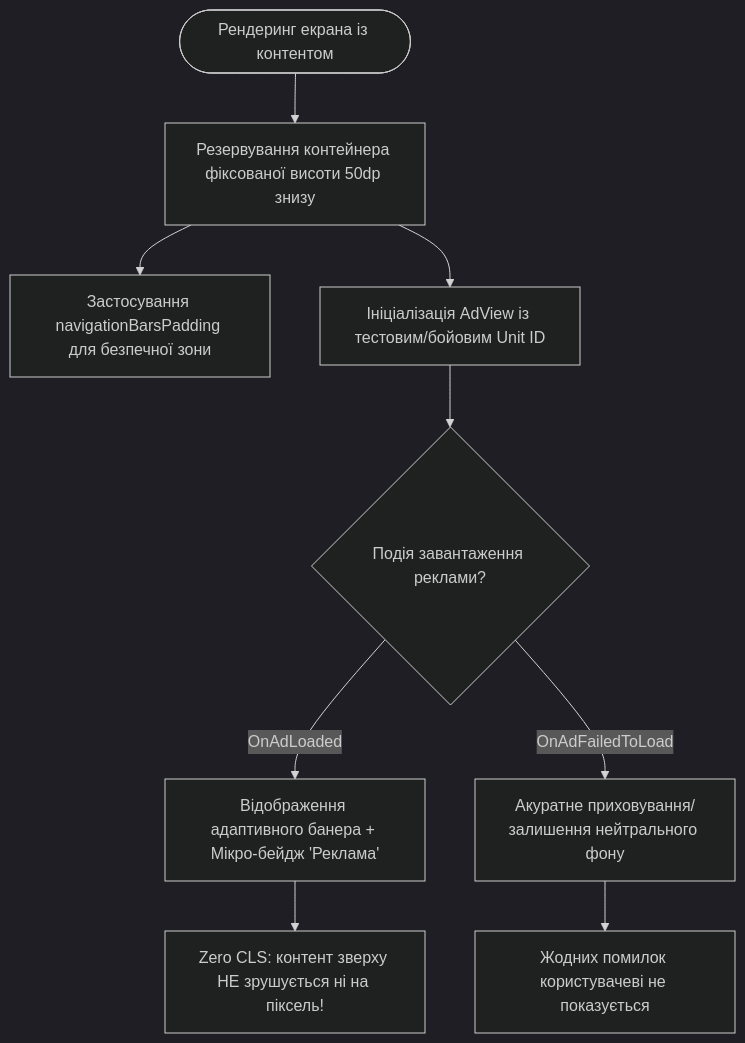
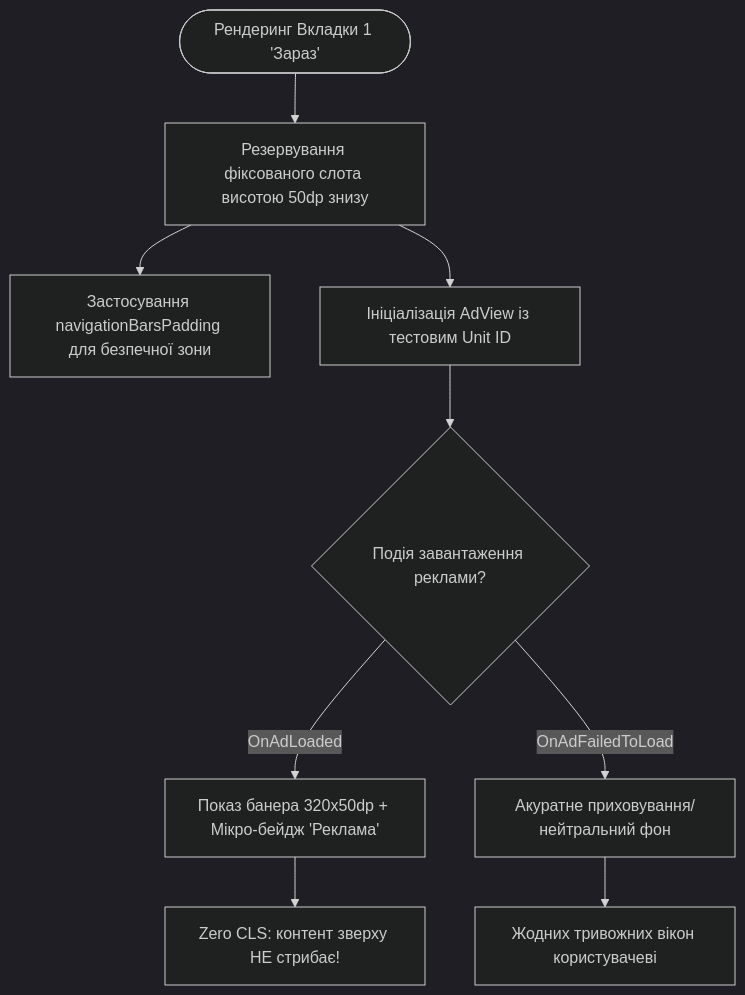
One commit to SaVoJ13/wather changed the tenth of 10 diagrams in docs/ux/USER_FLOWS.md. Above: the diagram before and after it, drawn with Mermaid (dark theme). The commit also changed other lines of this file and 10 other files, not shown here.

````diff
--- a/docs/ux/USER_FLOWS.md
+++ b/docs/ux/USER_FLOWS.md
@@ -404,14 +445,14 @@
 ```mermaid
 flowchart TD
-    RenderScreen([Рендеринг екрана із контентом]) --> ReserveSpace[Резервування контейнера фіксованої висоти 50dp знизу]
+    RenderScreen([Рендеринг Вкладки 1 'Зараз']) --> ReserveSpace[Резервування фіксованого слота висотою 50dp знизу]
     ReserveSpace --> ApplyPadding[Застосування navigationBarsPadding для безпечної зони]
-    ReserveSpace --> InitAdView[Ініціалізація AdView із тестовим/бойовим Unit ID]
+    ReserveSpace --> InitAdView[Ініціалізація AdView із тестовим Unit ID]
     
     InitAdView --> AdEvent{Подія завантаження реклами?}
     
-    AdEvent -- OnAdLoaded --> RenderAd[Відображення адаптивного банера + Мікро-бейдж 'Реклама']
-    RenderAd --> ZeroJump[Zero CLS: контент зверху НЕ зрушується ні на піксель!]
+    AdEvent -- OnAdLoaded --> RenderAd[Показ банера 320x50dp + Мікро-бейдж 'Реклама']
+    RenderAd --> ZeroJump[Zero CLS: контент зверху НЕ стрибає!]
     
-    AdEvent -- OnAdFailedToLoad --> GracefulCollapse[Акуратне приховування/залишення нейтрального фону]
-    GracefulCollapse --> NoUserAlert[Жодних помилок користувачеві не показується]
+    AdEvent -- OnAdFailedToLoad --> GracefulCollapse[Акуратне приховування/нейтральний фон]
+    GracefulCollapse --> NoUserAlert[Жодних тривожних вікон користувачеві]
 ```
````
